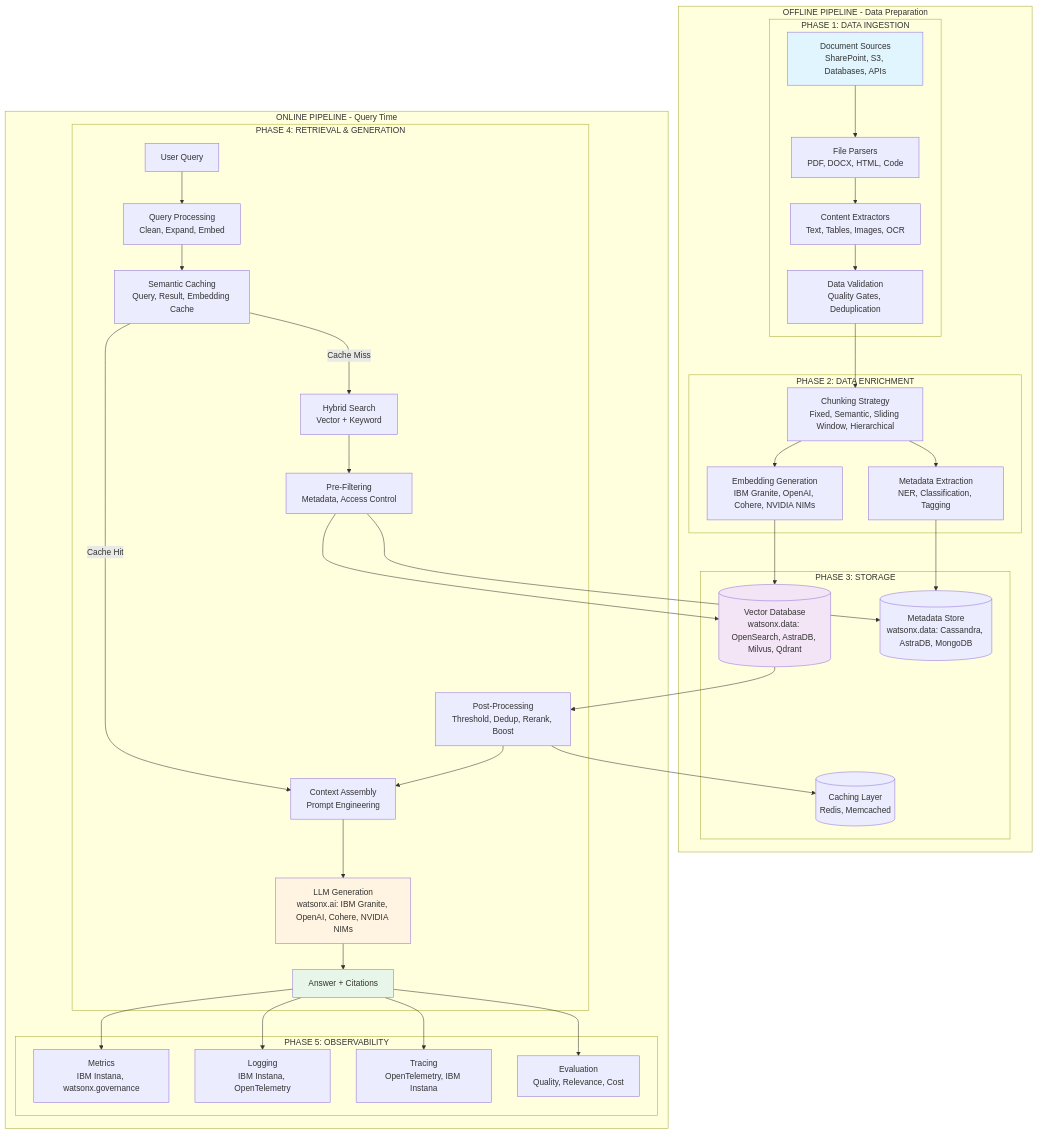
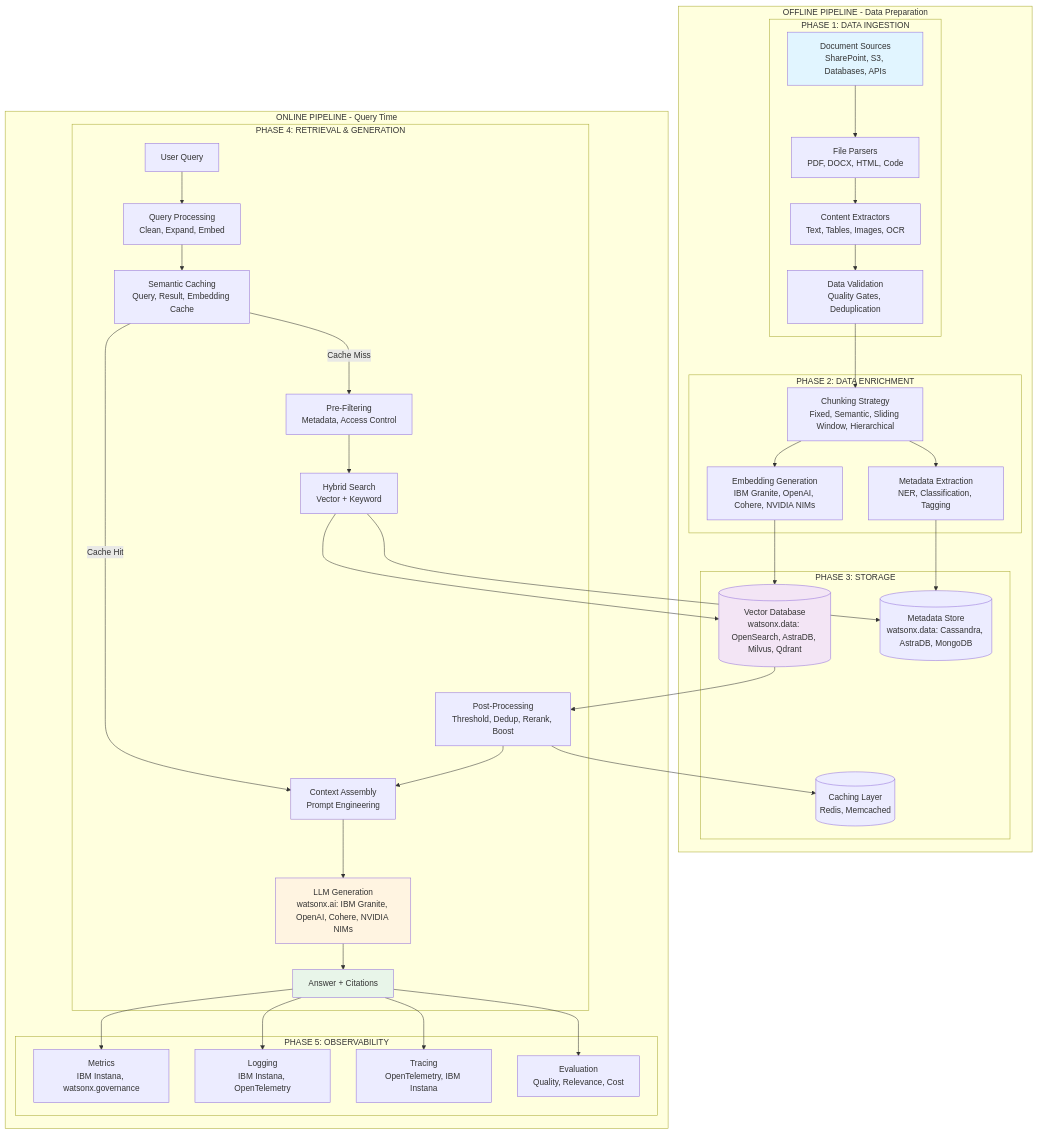
One commit to pravinbhat/pravinbhat.github.io changed the first of 5 diagrams in Enterprise_RAG_Architecture_Guide.md. Above: the diagram before and after it, drawn with Mermaid.

Commit message:
Updated the main diagram as well

````diff
--- a/Enterprise_RAG_Architecture_Guide.md
+++ b/Enterprise_RAG_Architecture_Guide.md
@@ -109,78 +109,78 @@
 ```mermaid
 graph TB
     subgraph "OFFLINE PIPELINE - Data Preparation"
         subgraph "PHASE 1: DATA INGESTION"
             Sources[Document Sources<br/>SharePoint, S3, Databases, APIs]
             Parsers[File Parsers<br/>PDF, DOCX, HTML, Code]
             Extractors[Content Extractors<br/>Text, Tables, Images, OCR]
             Validation[Data Validation<br/>Quality Gates, Deduplication]
             
             Sources --> Parsers
             Parsers --> Extractors
             Extractors --> Validation
         end
         
         subgraph "PHASE 2: DATA ENRICHMENT"
             Chunking[Chunking Strategy<br/>Fixed, Semantic, Sliding Window, Hierarchical]
             Embedding[Embedding Generation<br/>IBM Granite, OpenAI, Cohere, NVIDIA NIMs]
             Metadata[Metadata Extraction<br/>NER, Classification, Tagging]
             
             Validation --> Chunking
             Chunking --> Embedding
             Chunking --> Metadata
         end
         
         subgraph "PHASE 3: STORAGE"
             VectorDB[(Vector Database<br/>watsonx.data: OpenSearch, AstraDB, Milvus, Qdrant)]
             MetadataDB[(Metadata Store<br/>watsonx.data: Cassandra, AstraDB, MongoDB)]
             Cache[(Caching Layer<br/>Redis, Memcached)]
             
             Embedding --> VectorDB
             Metadata --> MetadataDB
         end
     end
     
     subgraph "ONLINE PIPELINE - Query Time"
         subgraph "PHASE 4: RETRIEVAL & GENERATION"
             Query[User Query]
             QueryProc[Query Processing<br/>Clean, Expand, Embed]
+            PreFilter[Pre-Filtering<br/>Metadata, Access Control]
             HybridSearch[Hybrid Search<br/>Vector + Keyword]
-            PreFilter[Pre-Filtering<br/>Metadata, Access Control]
             PostProc[Post-Processing<br/>Threshold, Dedup, Rerank, Boost]
             SemanticCache[Semantic Caching<br/>Query, Result, Embedding Cache]
             Context[Context Assembly<br/>Prompt Engineering]
             LLM[LLM Generation<br/>watsonx.ai: IBM Granite, OpenAI, Cohere, NVIDIA NIMs]
             Response[Answer + Citations]
             
             Query --> QueryProc
             QueryProc --> SemanticCache
-            SemanticCache -->|Cache Miss| HybridSearch
+            SemanticCache -->|Cache Miss| PreFilter
             SemanticCache -->|Cache Hit| Context
-            HybridSearch --> PreFilter
-            PreFilter --> VectorDB
-            PreFilter --> MetadataDB
+            PreFilter --> HybridSearch
+            HybridSearch --> VectorDB
+            HybridSearch --> MetadataDB
             VectorDB --> PostProc
             PostProc --> Context
             Context --> LLM
             LLM --> Response
             PostProc --> Cache
         end
         
         subgraph "PHASE 5: OBSERVABILITY"
             Metrics[Metrics<br/>IBM Instana, watsonx.governance]
             Logging[Logging<br/>IBM Instana, OpenTelemetry]
             Tracing[Tracing<br/>OpenTelemetry, IBM Instana]
             Evaluation[Evaluation<br/>Quality, Relevance, Cost]
             
             Response --> Metrics
             Response --> Logging
             Response --> Tracing
             Response --> Evaluation
         end
     end
     
     style Sources fill:#e1f5ff
     style VectorDB fill:#f3e5f5
     style LLM fill:#fff4e1
     style Response fill:#e8f5e9
 ```
````
